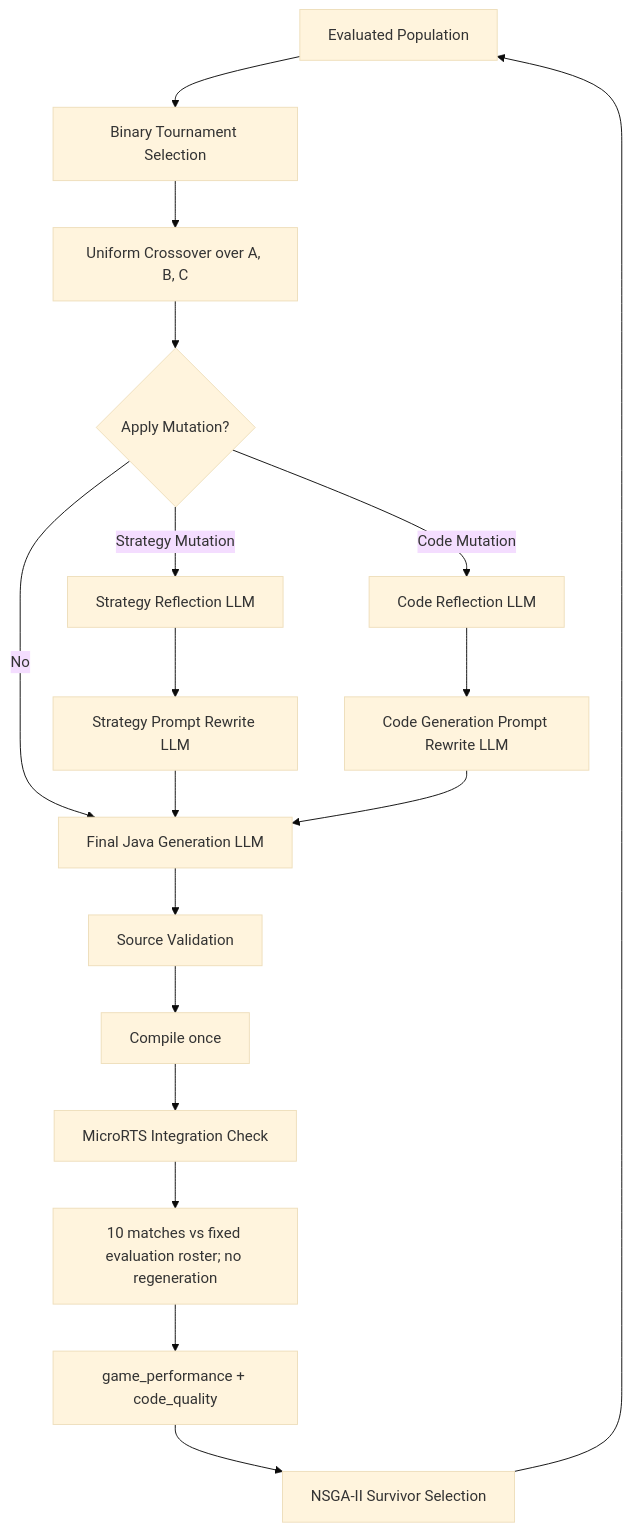
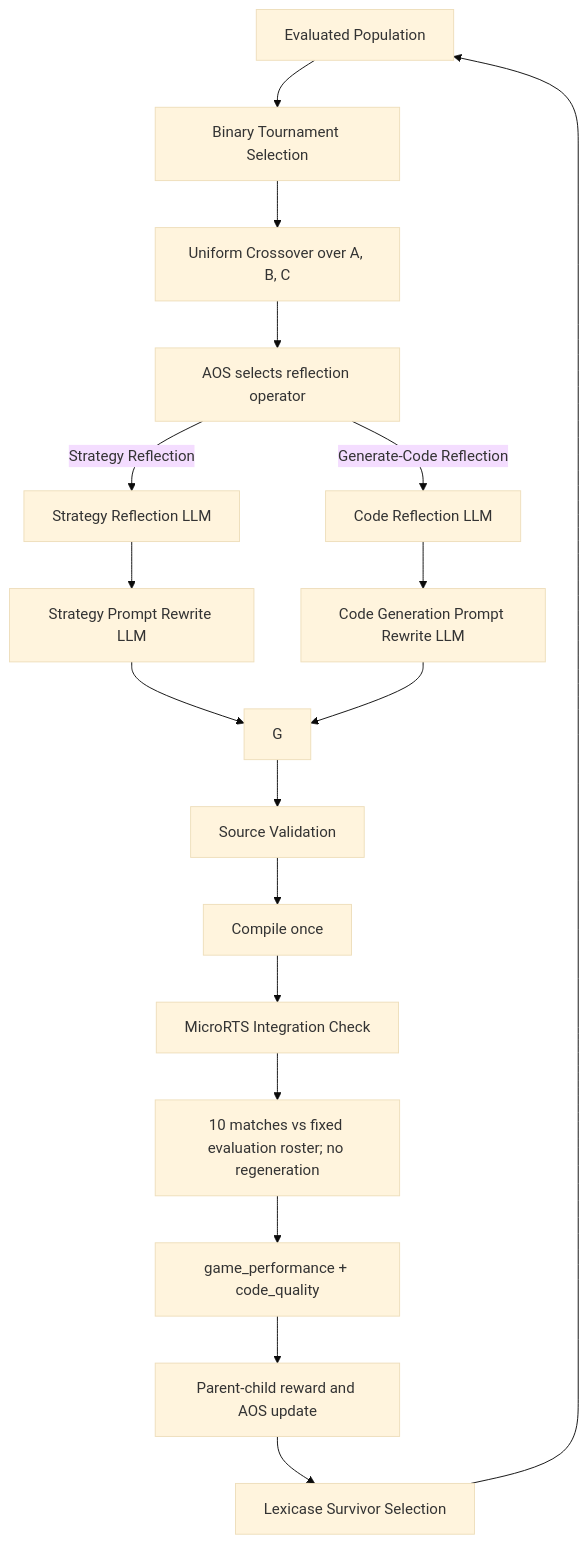
The diagram in docs/architeture_specification_zh.md (sophie8909/EAGLE), drawn with Mermaid (base theme) before and after one commit. The commit also changed 24 other files, not shown here.

Commit message:
feat(mutation): add adaptive operator selection for reflections

````diff
--- a/docs/architeture_specification_zh.md
+++ b/docs/architeture_specification_zh.md
@@ -48,13 +48,12 @@
 ```mermaid
 flowchart TD
     P["Evaluated Population"] --> S["Binary Tournament Selection"]
     S --> X["Uniform Crossover over A, B, C"]
-    X --> M{"Apply Mutation?"}
-    M -->|No| G["Final Java Generation LLM"]
-    M -->|Strategy Mutation| SR["Strategy Reflection LLM"] --> SW["Strategy Prompt Rewrite LLM"] --> G
-    M -->|Code Mutation| CR["Code Reflection LLM"] --> CW["Code Generation Prompt Rewrite LLM"] --> G
+    X --> AOS["AOS selects reflection operator"]
+    AOS -->|Strategy Reflection| SR["Strategy Reflection LLM"] --> SW["Strategy Prompt Rewrite LLM"] --> G
+    AOS -->|Generate-Code Reflection| CR["Code Reflection LLM"] --> CW["Code Generation Prompt Rewrite LLM"] --> G
     G --> V["Source Validation"] --> C["Compile once"] --> I["MicroRTS Integration Check"]
     I --> E["10 matches vs fixed evaluation roster; no regeneration"]
     E --> O["game_performance + code_quality"]
-    O --> N["NSGA-II Survivor Selection"] --> P
+    O --> R["Parent-child reward and AOS update"] --> N["Lexicase Survivor Selection"] --> P
 ```
````
